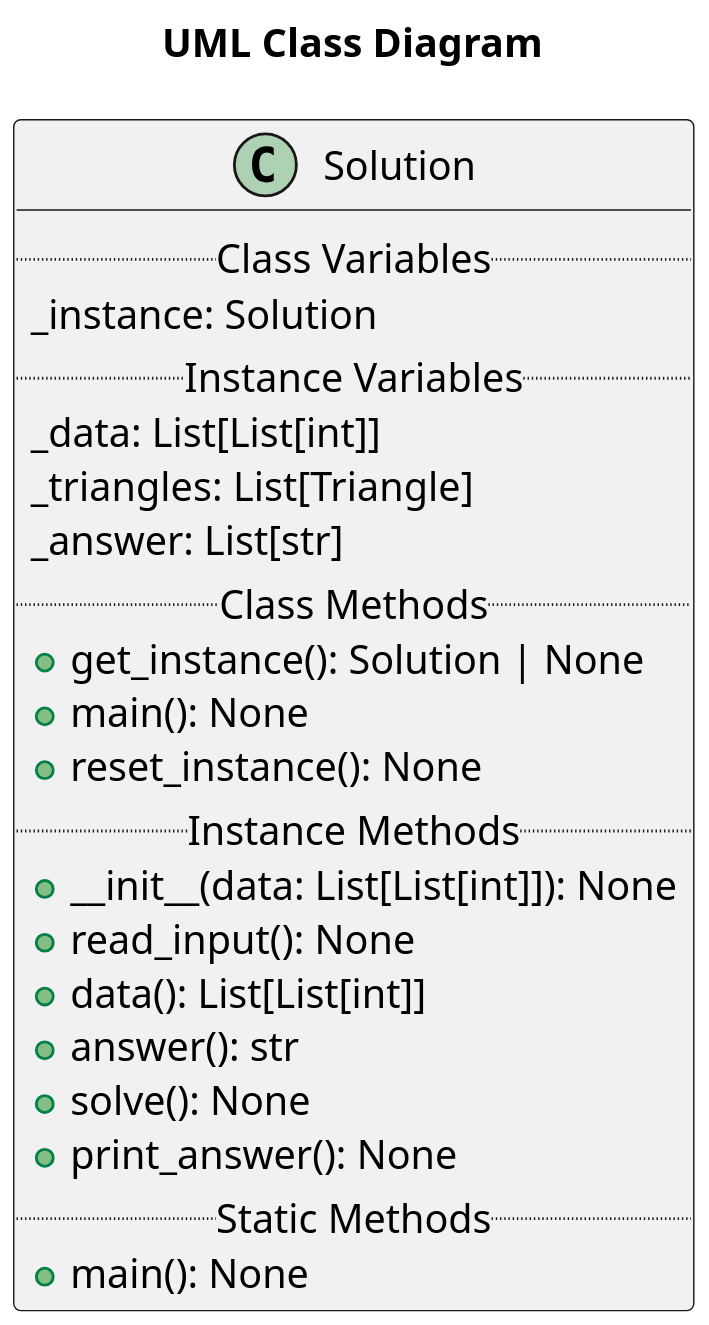
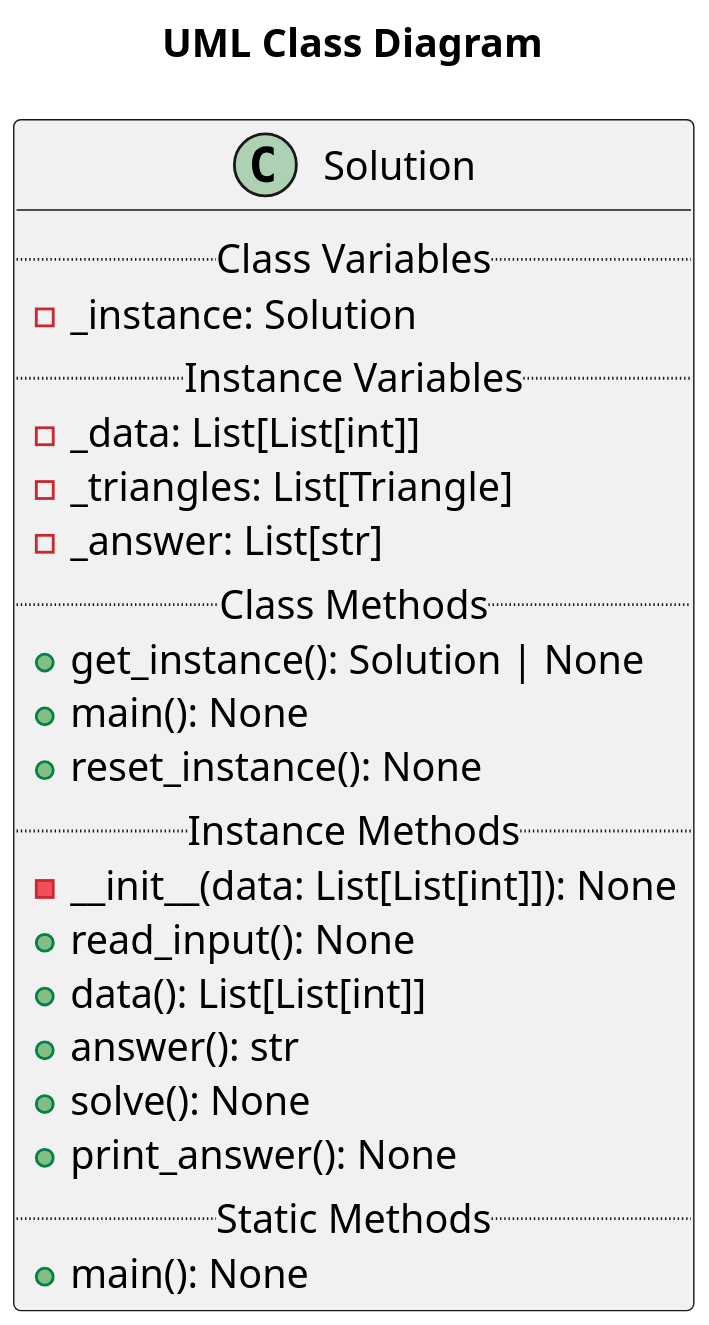
One commit to rambasnet/Object-Oriented-Programming-Design-Patterns changed the diagram in demo-assignments/A2-ABC/egypt/uml/solution.plantuml. Above: the diagram before and after it, drawn with PlantUML. The commit also changed 4 other files, not shown here.

Commit message:
add new uml diagrams

```diff
--- a/demo-assignments/A2-ABC/egypt/uml/solution.plantuml
+++ b/demo-assignments/A2-ABC/egypt/uml/solution.plantuml
@@ -1,25 +1,25 @@
 @startuml SolutionClass
 scale 2
 title "UML Class Diagram"
 class Solution {
     .. Class Variables ..
-	_instance: Solution
+	- _instance: Solution
     .. Instance Variables ..
-    _data: List[List[int]]
-    _triangles: List[Triangle]
-    _answer: List[str]
+    - _data: List[List[int]]
+    - _triangles: List[Triangle]
+    - _answer: List[str]
     .. Class Methods ..
     + get_instance(): Solution | None
     + main(): None
     + reset_instance(): None
     .. Instance Methods ..
-    + __init__(data: List[List[int]]): None
+    - __init__(data: List[List[int]]): None
 	+ read_input(): None
     + data(): List[List[int]]
     + answer(): str
     + solve(): None
     + print_answer(): None
     .. Static Methods ..
     + main(): None
 }
 @enduml
```
